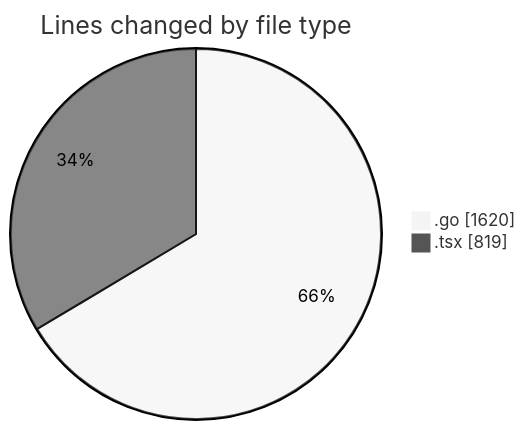
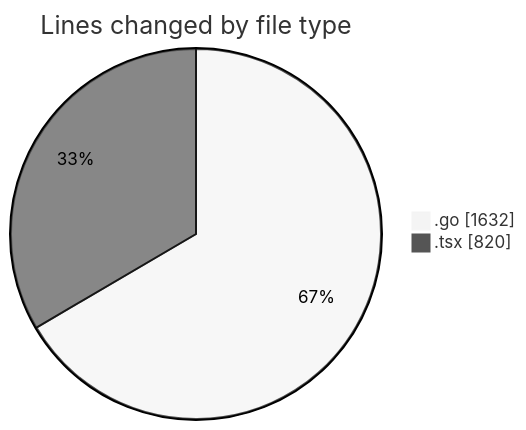
The first of 2 diagrams in 2025-03-10/termonied_testador/README.md (robertbonfada/code-tracking), drawn with Mermaid (neutral theme) before and after one commit. The commit also changed other lines of this file and 1 other file, not shown here.

````diff
--- a/2025-03-10/termonied_testador/README.md
+++ b/2025-03-10/termonied_testador/README.md
@@ -28,6 +28,6 @@
 ```mermaid
 pie showData
 title Lines changed by file type
-".go" : 1620
-".tsx" : 819
+".go" : 1632
+".tsx" : 820
 ```
````
